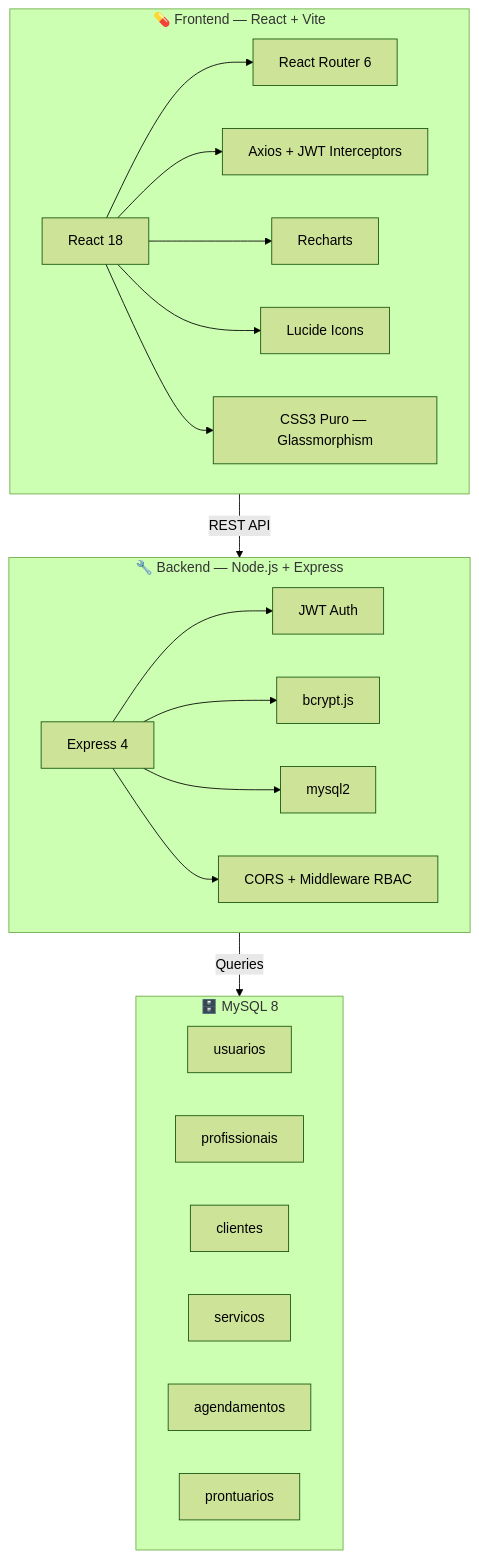
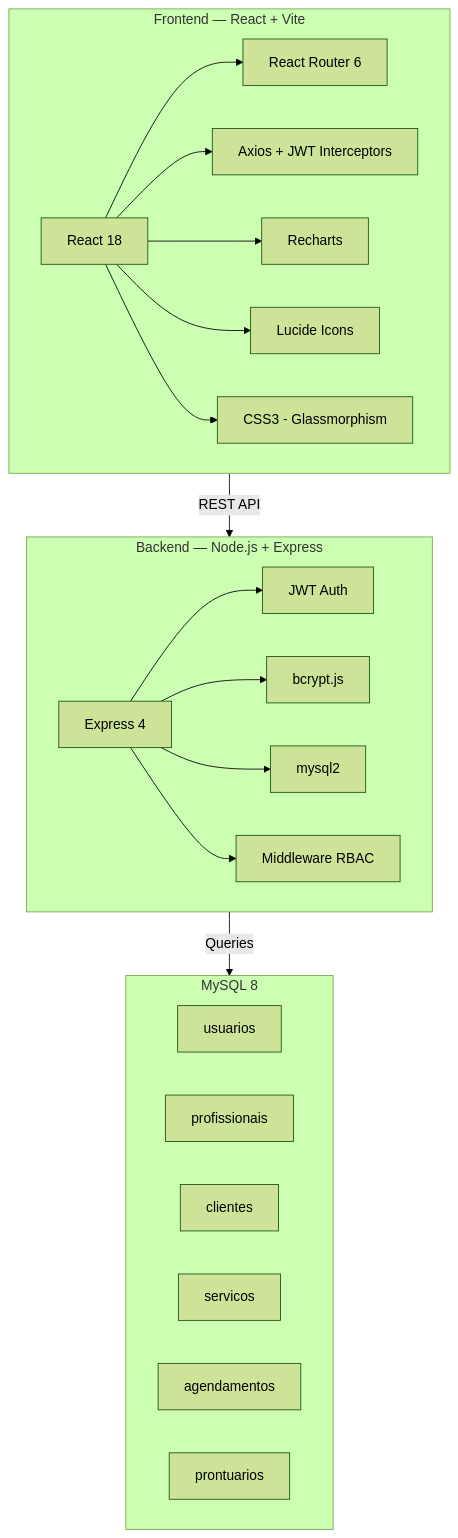
Before and after one commit to AlexandreCalmonJr/vitalhub-enterprise: the first of 2 diagrams in README.md, drawn with Mermaid (forest theme). The commit also changed other lines of this file, not shown here.

````diff
--- a/README.md
+++ b/README.md
@@ -53,29 +53,29 @@
 ```mermaid
 graph TB
-    subgraph Frontend["💊 Frontend — React + Vite"]
+    subgraph Frontend["Frontend — React + Vite"]
         A[React 18] --> B[React Router 6]
         A --> C[Axios + JWT Interceptors]
         A --> D[Recharts]
         A --> E[Lucide Icons]
-        A --> F[CSS3 Puro — Glassmorphism]
+        A --> F[CSS3 - Glassmorphism]
     end
 
-    subgraph Backend["🔧 Backend — Node.js + Express"]
+    subgraph Backend["Backend — Node.js + Express"]
         G[Express 4] --> H[JWT Auth]
         G --> I[bcrypt.js]
         G --> J[mysql2]
-        G --> K[CORS + Middleware RBAC]
+        G --> K[Middleware RBAC]
     end
 
-    subgraph Database["🗄️ MySQL 8"]
+    subgraph Database["MySQL 8"]
         L[usuarios]
         M[profissionais]
         N[clientes]
         O[servicos]
         P[agendamentos]
         Q[prontuarios]
     end
 
     Frontend -->|"REST API"| Backend
     Backend -->|"Queries"| Database
 ```
````
